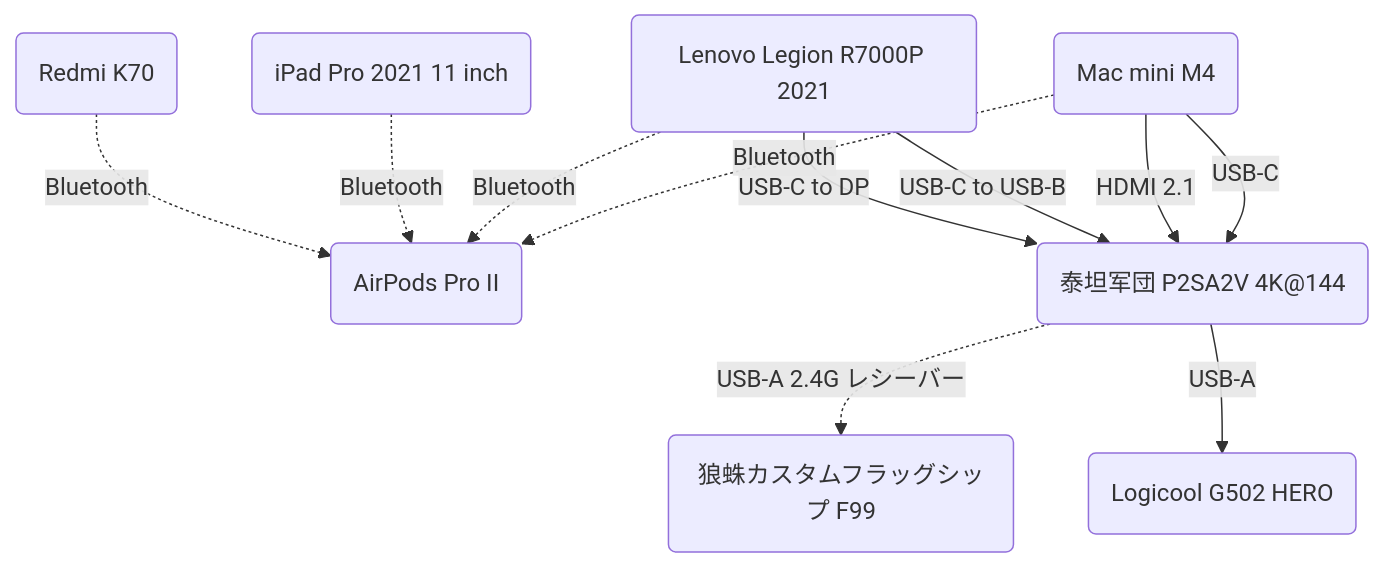
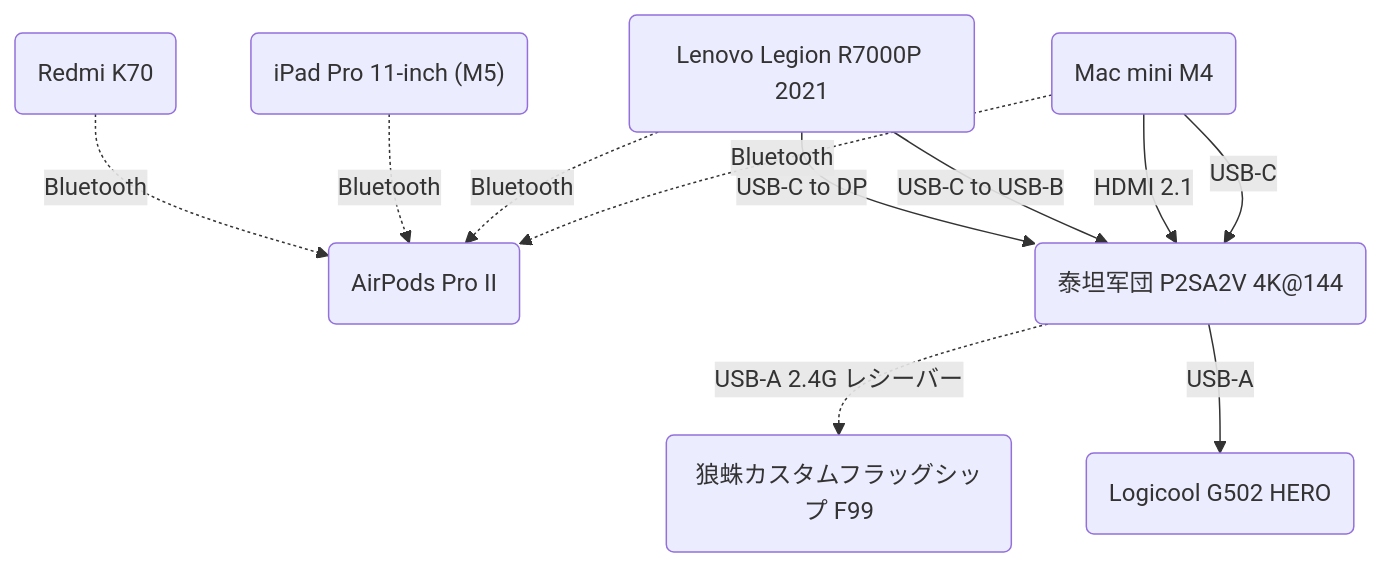
Before and after one commit to Cierra-Runis/note-of-me.top: the diagram in docs/ja/post/Multi-Device-Collaboration-And-Customize.md, drawn with Mermaid. The commit also changed other lines of this file and 5 other files, not shown here.

````diff
--- a/docs/ja/post/Multi-Device-Collaboration-And-Customize.md
+++ b/docs/ja/post/Multi-Device-Collaboration-And-Customize.md
@@ -184,23 +186,23 @@
 ```mermaid
 flowchart TD
     P("Redmi K70")
-    T("iPad Pro 2021 11 inch")
+    T("iPad Pro 11-inch (M5)")
     L("Lenovo Legion R7000P 2021")
     M4("Mac mini M4")
 
     A("AirPods Pro II")
     D("泰坦军団 P2SA2V 4K@144")
     K("狼蛛カスタムフラッグシップ F99")
     M("Logicool G502 HERO")
 
     L -- "USB-C to DP" --> D
     L -- "USB-C to USB-B" --> D
 
     M4 -- "HDMI 2.1" --> D
     M4 -- "USB-C" --> D
 
     D -. "USB-A 2.4G レシーバー" .-> K
     D -- "USB-A" --> M
 
     P & T & L & M4 -. "Bluetooth" .-> A
 ```
````
